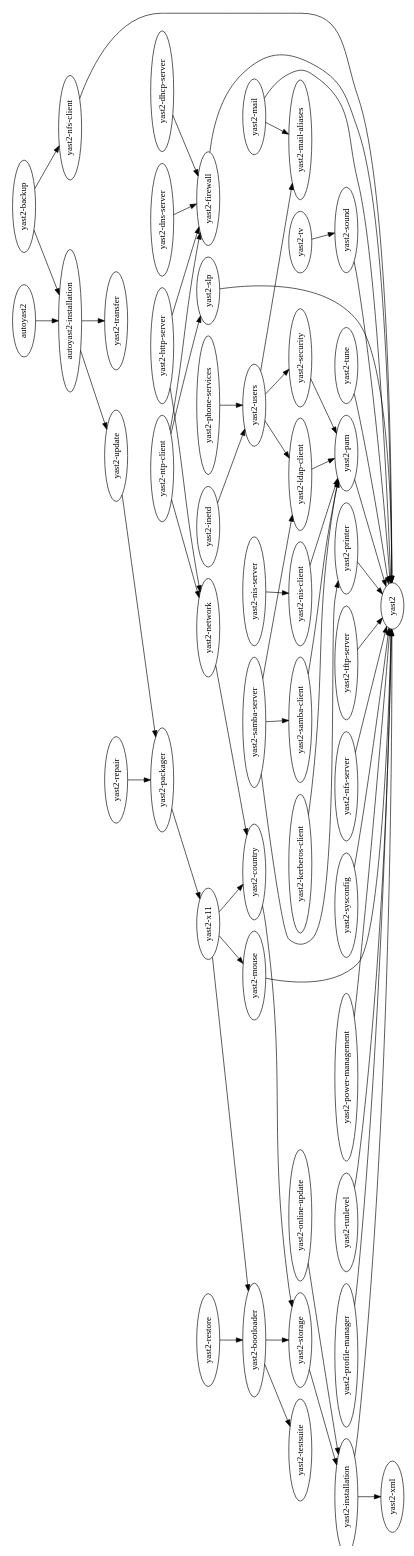
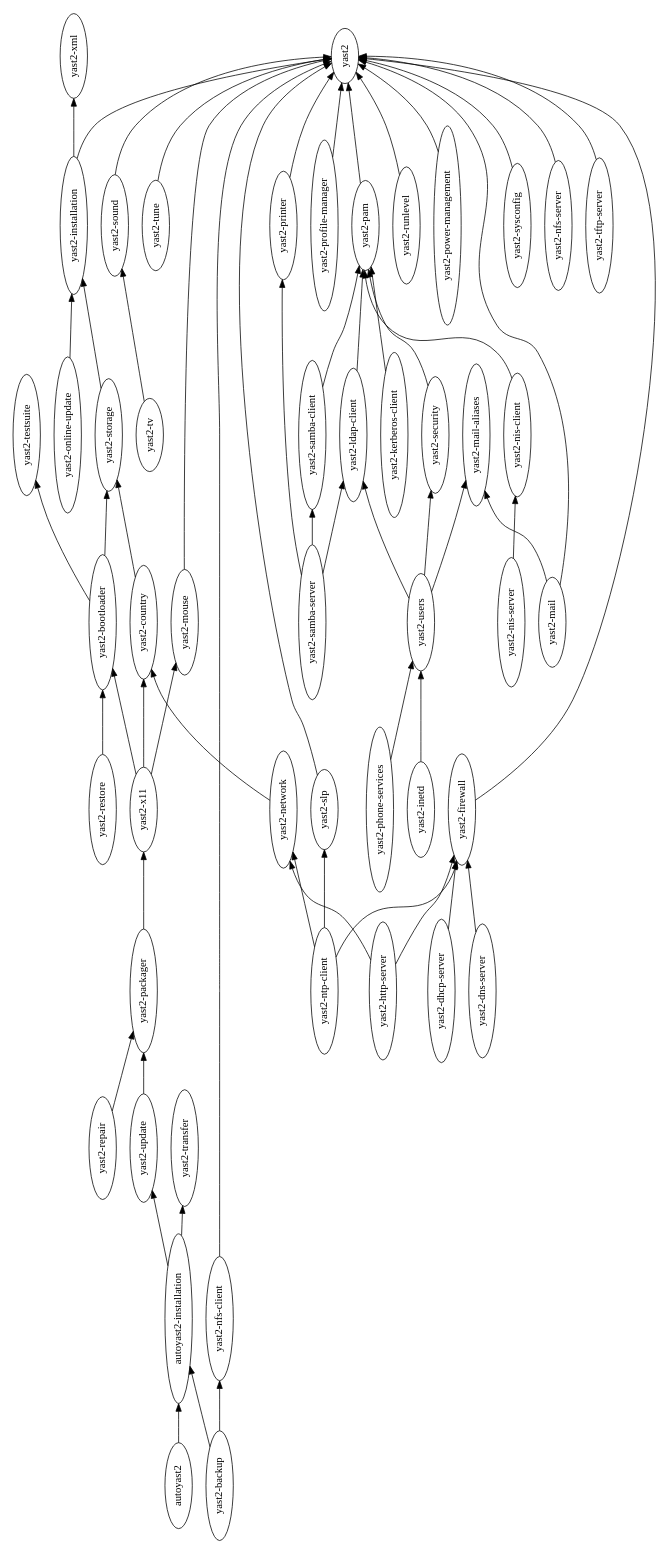
Before and after one commit to yast/yast-devtools: the diagram in misc/import-pkg.dot, drawn with Graphviz. The commit also changed 2 other files, not shown here.

Commit message:
fixed graphs
svn path=/trunk/devtools/; revision=17807

```diff
--- a/misc/import-pkg.dot
+++ b/misc/import-pkg.dot
@@ -1,61 +1,61 @@
 digraph import {
-	graph [size="16,11", rotate=90];
+	graph [rankdir=LR, size="16,11", rotate=90];
 	"yast2-bootloader" -> "yast2-storage";
 	"yast2-bootloader" -> "yast2-testsuite";
 	"yast2-installation" -> "yast2-xml";
 	"yast2-security" -> "yast2-pam";
 	autoyast2 -> "autoyast2-installation";
 	"yast2-dns-server" -> "yast2-firewall";
 	"yast2-profile-manager" -> yast2;
 	"yast2-pam" -> yast2;
 	"yast2-samba-server" -> "yast2-samba-client";
 	"yast2-samba-server" -> "yast2-printer";
 	"yast2-samba-server" -> "yast2-ldap-client";
 	"yast2-runlevel" -> yast2;
 	"yast2-users" -> "yast2-mail-aliases";
 	"yast2-users" -> "yast2-security";
 	"yast2-power-management" -> yast2;
 	"yast2-network" -> "yast2-country";
 	"yast2-nis-server" -> "yast2-nis-client";
 	"yast2-mouse" -> yast2;
 	"yast2-repair" -> "yast2-packager";
 	"yast2-sysconfig" -> yast2;
 	"yast2-dhcp-server" -> "yast2-firewall";
 	"yast2-nis-client" -> "yast2-pam";
 	"yast2-restore" -> "yast2-bootloader";
 	"yast2-nfs-server" -> yast2;
 	"yast2-firewall" -> yast2;
 	"yast2-tftp-server" -> yast2;
 	"yast2-ntp-client" -> "yast2-network";
 	"yast2-ntp-client" -> "yast2-firewall";
 	"yast2-ntp-client" -> "yast2-slp";
 	"yast2-nfs-client" -> yast2;
 	"autoyast2-installation" -> "yast2-update";
 	"yast2-tune" -> yast2;
 	"yast2-kerberos-client" -> "yast2-pam";
 	"yast2-backup" -> "yast2-nfs-client";
 	"yast2-backup" -> "autoyast2-installation";
 	"yast2-mail" -> "yast2-mail-aliases";
 	"yast2-mail" -> yast2;
 	"yast2-users" -> "yast2-ldap-client";
 	"yast2-samba-client" -> "yast2-pam";
 	"autoyast2-installation" -> "yast2-transfer";
 	"yast2-x11" -> "yast2-mouse";
 	"yast2-x11" -> "yast2-country";
 	"yast2-x11" -> "yast2-bootloader";
 	"yast2-installation" -> yast2;
 	"yast2-tv" -> "yast2-sound";
 	"yast2-printer" -> yast2;
 	"yast2-inetd" -> "yast2-users";
 	"yast2-country" -> "yast2-storage";
 	"yast2-phone-services" -> "yast2-users";
 	"yast2-update" -> "yast2-packager";
 	"yast2-sound" -> yast2;
 	"yast2-packager" -> "yast2-x11";
 	"yast2-slp" -> yast2;
 	"yast2-ldap-client" -> "yast2-pam";
 	"yast2-online-update" -> "yast2-installation";
 	"yast2-http-server" -> "yast2-firewall";
 	"yast2-http-server" -> "yast2-network";
 	"yast2-storage" -> "yast2-installation";
 }
```
